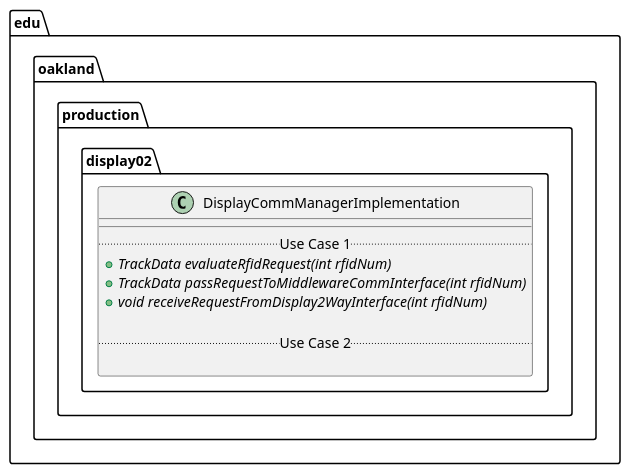
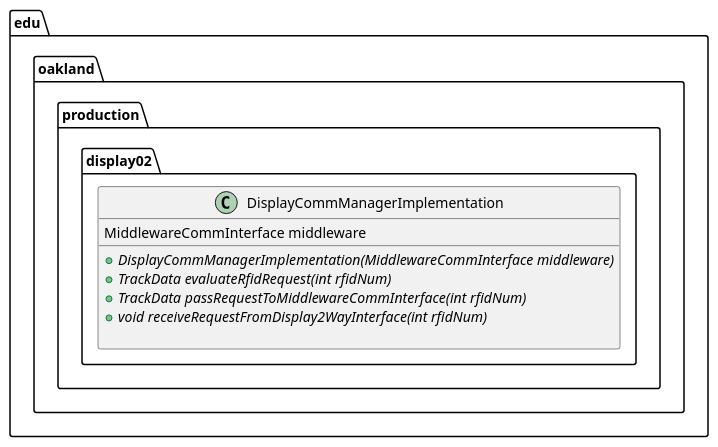
One commit to andrewdimmer/csi-3370-software-project changed the diagram in docs/uml-class-diagrams/display02/production/DisplayCommManagerImplementation/DisplayCommManagerImplementation.puml. Above: the diagram before and after it, drawn with PlantUML.

```diff
--- a/docs/uml-class-diagrams/display02/production/DisplayCommManagerImplementation/DisplayCommManagerImplementation.puml
+++ b/docs/uml-class-diagrams/display02/production/DisplayCommManagerImplementation/DisplayCommManagerImplementation.puml
@@ -1,16 +1,15 @@
 @startuml DisplayCommManagerImplementation
 
 package edu.oakland.production.display02 {
     class DisplayCommManagerImplementation {
+        MiddlewareCommInterface middleware
         __
-        .. Use Case 1 ..
+        {abstract} + DisplayCommManagerImplementation(MiddlewareCommInterface middleware)
         {abstract} + TrackData evaluateRfidRequest(int rfidNum)
         {abstract} + TrackData passRequestToMiddlewareCommInterface(int rfidNum)
         {abstract} + void receiveRequestFromDisplay2WayInterface(int rfidNum)
-
-        .. Use Case 2 ..
 
     }
 }
 
 @enduml
```
